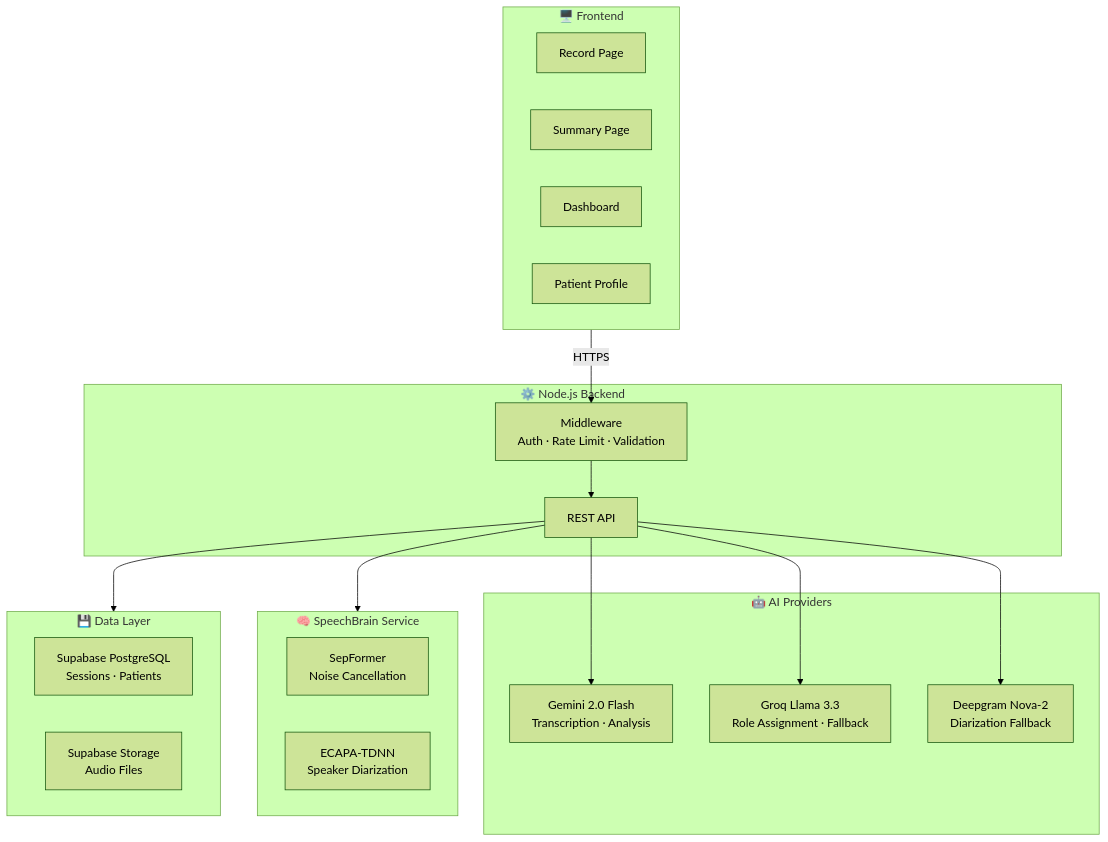
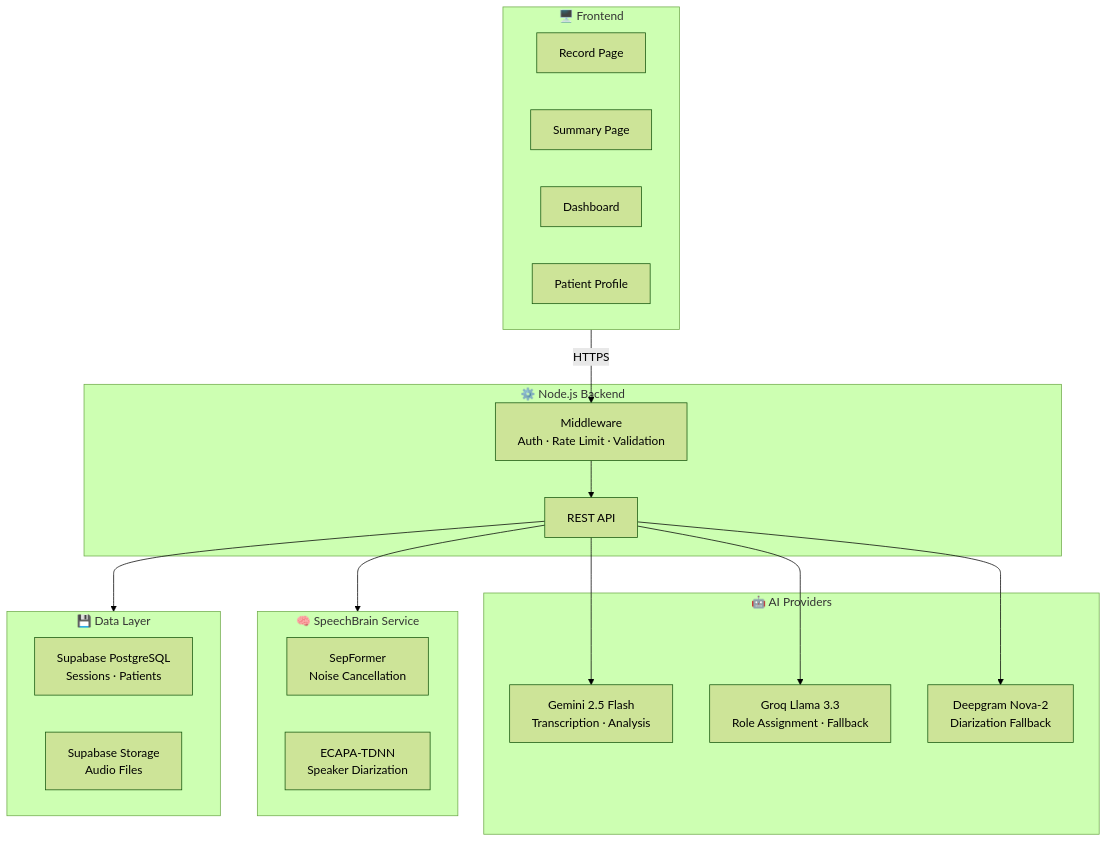
The first of 4 diagrams in README.md (Aravind-Krishnan-S/ECHOSCRIBE), drawn with Mermaid (forest theme) before and after one commit. The commit also changed other lines of this file and 11 other files, not shown here.

````diff
--- a/README.md
+++ b/README.md
@@ -113,37 +113,37 @@
 ```mermaid
 graph TB
     subgraph Client["🖥️ Frontend"]
         REC["Record Page"]
         SUM["Summary Page"]
         DASH["Dashboard"]
         PAT["Patient Profile"]
     end
 
     subgraph Backend["⚙️ Node.js Backend"]
         MW["Middleware<br/>Auth · Rate Limit · Validation"]
         API["REST API"]
     end
 
     subgraph AI["🤖 AI Providers"]
-        GEM["Gemini 2.0 Flash<br/>Transcription · Analysis"]
+        GEM["Gemini 2.5 Flash<br/>Transcription · Analysis"]
         GRQ["Groq Llama 3.3<br/>Role Assignment · Fallback"]
         DG["Deepgram Nova-2<br/>Diarization Fallback"]
     end
 
     subgraph SB["🧠 SpeechBrain Service"]
         SEP["SepFormer<br/>Noise Cancellation"]
         ECA["ECAPA-TDNN<br/>Speaker Diarization"]
     end
 
     subgraph Data["💾 Data Layer"]
         DB["Supabase PostgreSQL<br/>Sessions · Patients"]
         STR["Supabase Storage<br/>Audio Files"]
     end
 
     Client -->|HTTPS| MW --> API
     API --> GEM
     API --> GRQ
     API --> DG
     API --> SB
     API --> Data
 ```
````
